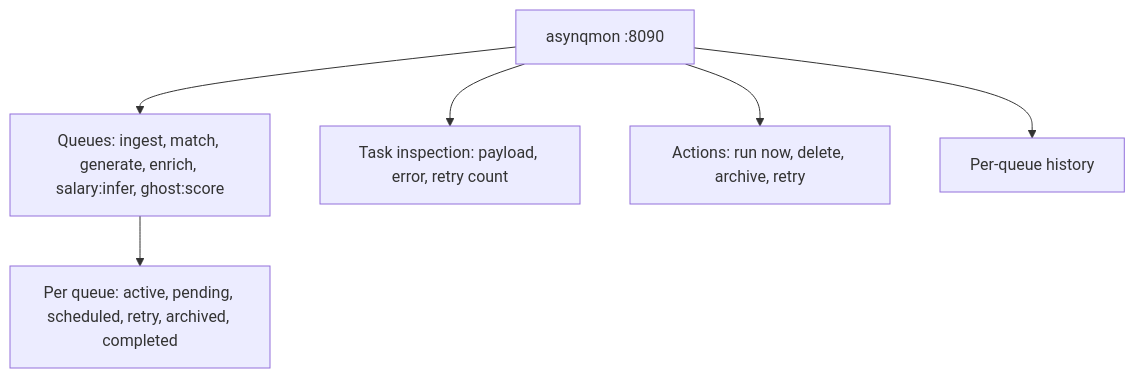
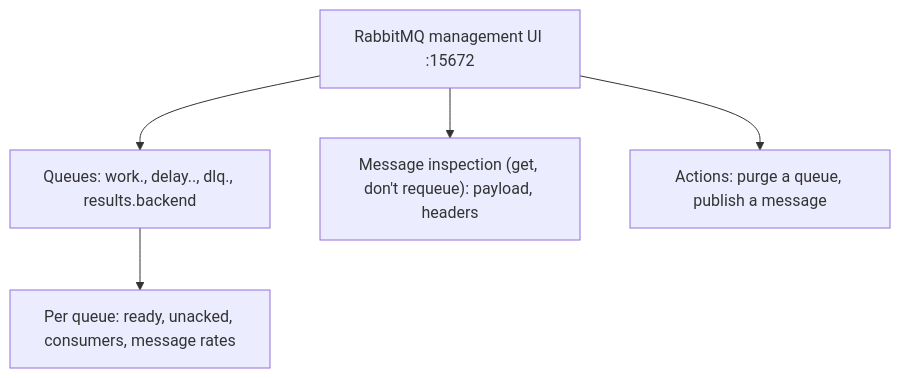
One commit to nonamecat19/job-finder changed the first of 3 diagrams in docs/docs/async/monitoring.md. Above: the diagram before and after it, drawn with Mermaid. The commit also changed other lines of this file and 13 other files, not shown here.

````diff
--- a/docs/docs/async/monitoring.md
+++ b/docs/docs/async/monitoring.md
@@ -42,8 +28,7 @@
 ```mermaid
 flowchart TB
-    A["asynqmon :8090"] --> Q["Queues: ingest, match, generate, enrich, salary:infer, ghost:score"]
-    Q --> ST["Per queue: active, pending, scheduled, retry, archived, completed"]
-    A --> T["Task inspection: payload, error, retry count"]
-    A --> ACT["Actions: run now, delete, archive, retry"]
-    A --> H["Per-queue history"]
+    A["RabbitMQ management UI :15672"] --> Q["Queues: work.<type>, delay.<type>.<rung>, dlq.<type>, results.backend"]
+    Q --> ST["Per queue: ready, unacked, consumers, message rates"]
+    A --> T["Message inspection (get, don't requeue): payload, headers"]
+    A --> ACT["Actions: purge a queue, publish a message"]
 ```
````
